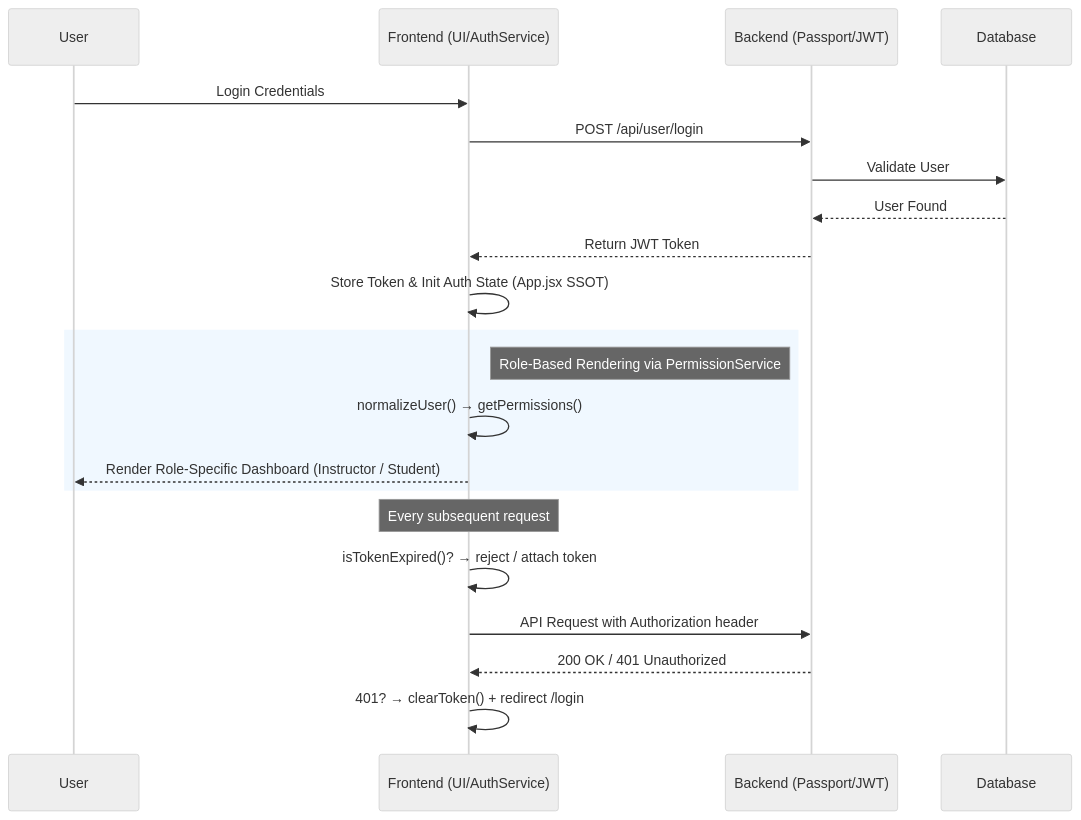
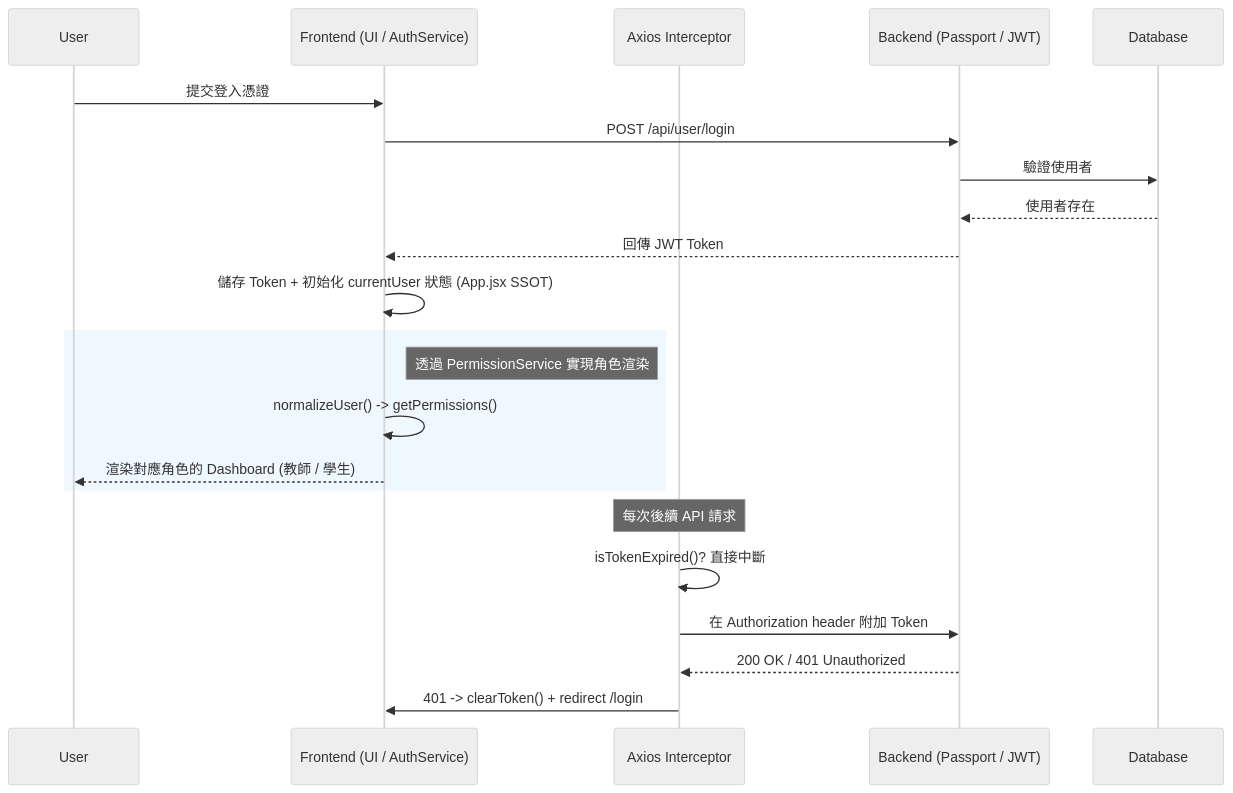
One commit to yuting813/course-management-system changed the diagram in README.zh-TW.md. Above: the diagram before and after it, drawn with Mermaid (neutral theme). The commit also changed other lines of this file and 1 other file, not shown here.

First line of the commit message:
docs: overhaul project README to highlight defensive architecture (#50)

````diff
--- a/README.zh-TW.md
+++ b/README.zh-TW.md
@@ -160,26 +159,28 @@
 ```mermaid
 sequenceDiagram
     participant User
-    participant Frontend as Frontend (UI/AuthService)
-    participant Backend as Backend (Passport/JWT)
+    participant Frontend as Frontend (UI / AuthService)
+    participant Interceptor as Axios Interceptor
+    participant Backend as Backend (Passport / JWT)
     participant Database
 
-    User->>Frontend: Login Credentials
+    User->>Frontend: 提交登入憑證
     Frontend->>Backend: POST /api/user/login
-    Backend->>Database: Validate User
-    Database-->>Backend: User Found
-    Backend-->>Frontend: Return JWT Token
-    Frontend->>Frontend: Store Token & Init Auth State (App.jsx SSOT)
+    Backend->>Database: 驗證使用者
+    Database-->>Backend: 使用者存在
+    Backend-->>Frontend: 回傳 JWT Token
+
+    Frontend->>Frontend: 儲存 Token + 初始化 currentUser 狀態 (App.jsx SSOT)
 
     rect rgb(240, 248, 255)
-    note right of Frontend: Role-Based Rendering via PermissionService
-    Frontend->>Frontend: normalizeUser() → getPermissions()
-    Frontend-->>User: Render Role-Specific Dashboard (Instructor / Student)
+    note right of Frontend: 透過 PermissionService 實現角色渲染
+    Frontend->>Frontend: normalizeUser() -> getPermissions()
+    Frontend-->>User: 渲染對應角色的 Dashboard (教師 / 學生)
     end
 
-    note over Frontend: Every subsequent request
-    Frontend->>Frontend: isTokenExpired()? → reject / attach token
-    Frontend->>Backend: API Request with Authorization header
-    Backend-->>Frontend: 200 OK / 401 Unauthorized
-    Frontend->>Frontend: 401? → clearToken() + redirect /login
+    note over Interceptor: 每次後續 API 請求
+    Interceptor->>Interceptor: isTokenExpired()? 直接中斷
+    Interceptor->>Backend: 在 Authorization header 附加 Token
+    Backend-->>Interceptor: 200 OK / 401 Unauthorized
+    Interceptor->>Frontend: 401 -> clearToken() + redirect /login
 ```
````
